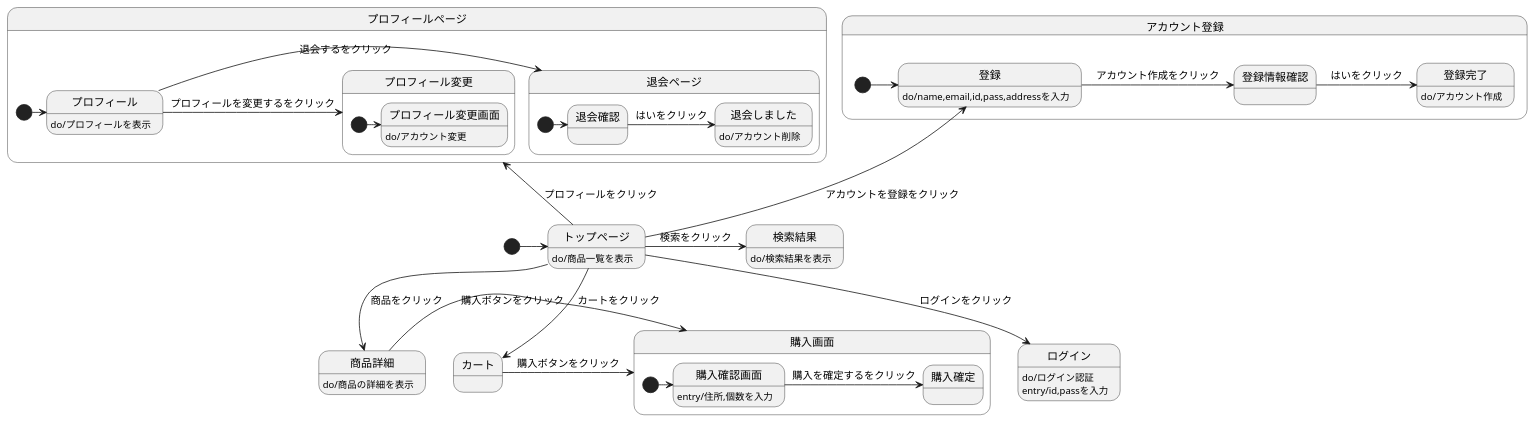
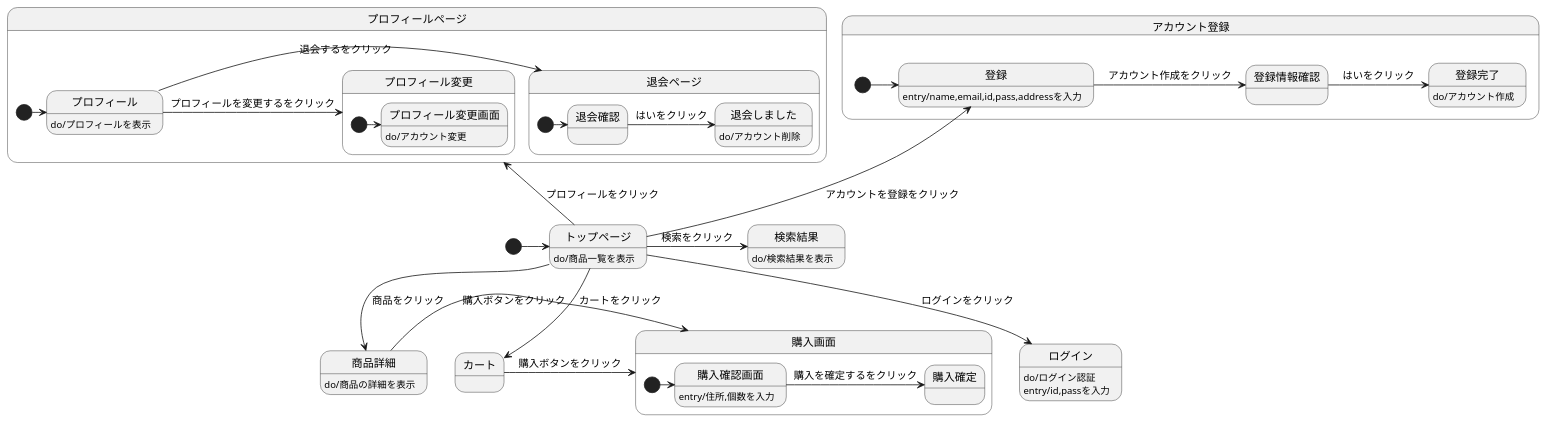
Before and after one commit to Aso2001159/2021sys-design: the diagram in stm01.md, drawn with PlantUML.

````diff
--- a/stm01.md
+++ b/stm01.md
@@ -1,47 +1,47 @@
 ```uml
 
 @startuml
 [*]->トップページ
 トップページ : do/商品一覧を表示
 トップページ-->商品詳細 : 商品をクリック
   商品詳細 : do/商品の詳細を表示
   商品詳細-> 購入画面 :　購入ボタンをクリック
 トップページ-down->ログイン :ログインをクリック
   ログイン : do/ログイン認証
   ログイン : entry/id,passを入力
 トップページ-->カート :カートをクリック
 カート -> 購入画面 : 購入ボタンをクリック
 state 購入画面{
   [*]-> 購入確認画面
   購入確認画面 : entry/住所,個数を入力
   購入確認画面 -> 購入確定 : 購入を確定するをクリック
 }
 state アカウント登録{
 [*]-> 登録 
   トップページ-up-> 登録 :アカウントを登録をクリック
-  登録 : do/name,email,id,pass,addressを入力
+  登録 : entry/name,email,id,pass,addressを入力
   登録 ->登録情報確認: アカウント作成をクリック
   登録情報確認 -> 登録完了: はいをクリック
     登録完了: do/アカウント作成
   }
 トップページ->検索結果 :検索をクリック
   検索結果 : do/検索結果を表示
 トップページ-up->プロフィールページ :プロフィールをクリック
 state プロフィールページ{
 [*] -> プロフィール
 プロフィール : do/プロフィールを表示
   プロフィール ->退会ページ :退会するをクリック
   state 退会ページ{
     [*]-> 退会確認 
     退会確認-> 退会しました : はいをクリック
       退会しました : do/アカウント削除
     }
     プロフィール -> プロフィール変更 : プロフィールを変更するをクリック
     state プロフィール変更{
       [*]-> プロフィール変更画面
       プロフィール変更画面 : do/アカウント変更
     }
  }
 @enduml
 
 ```
````
